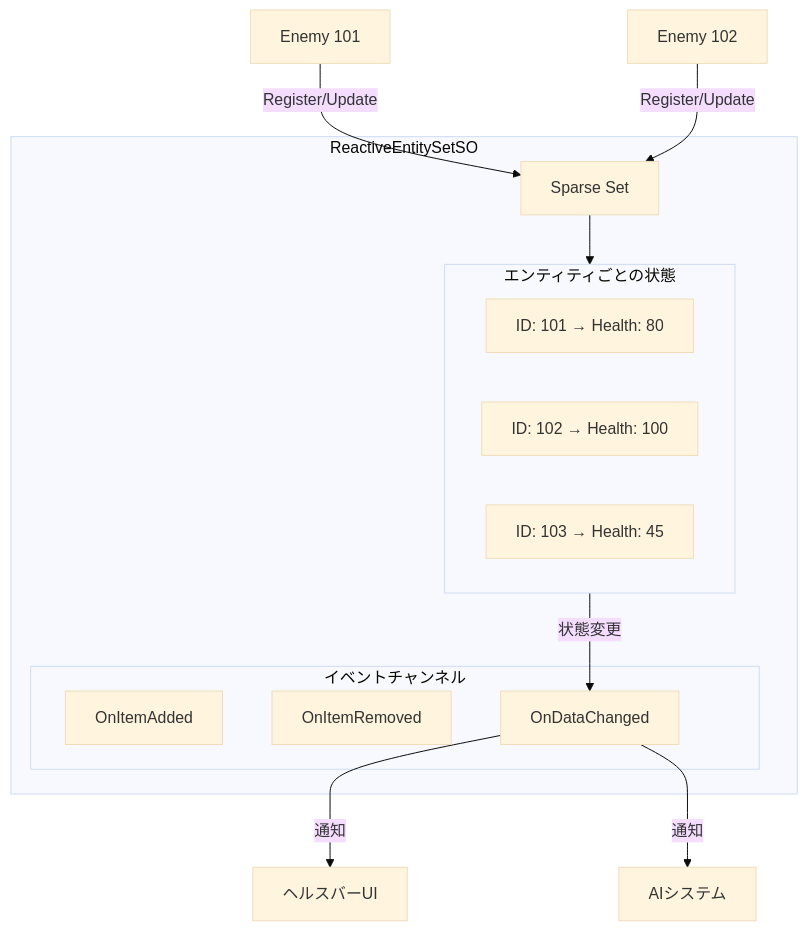
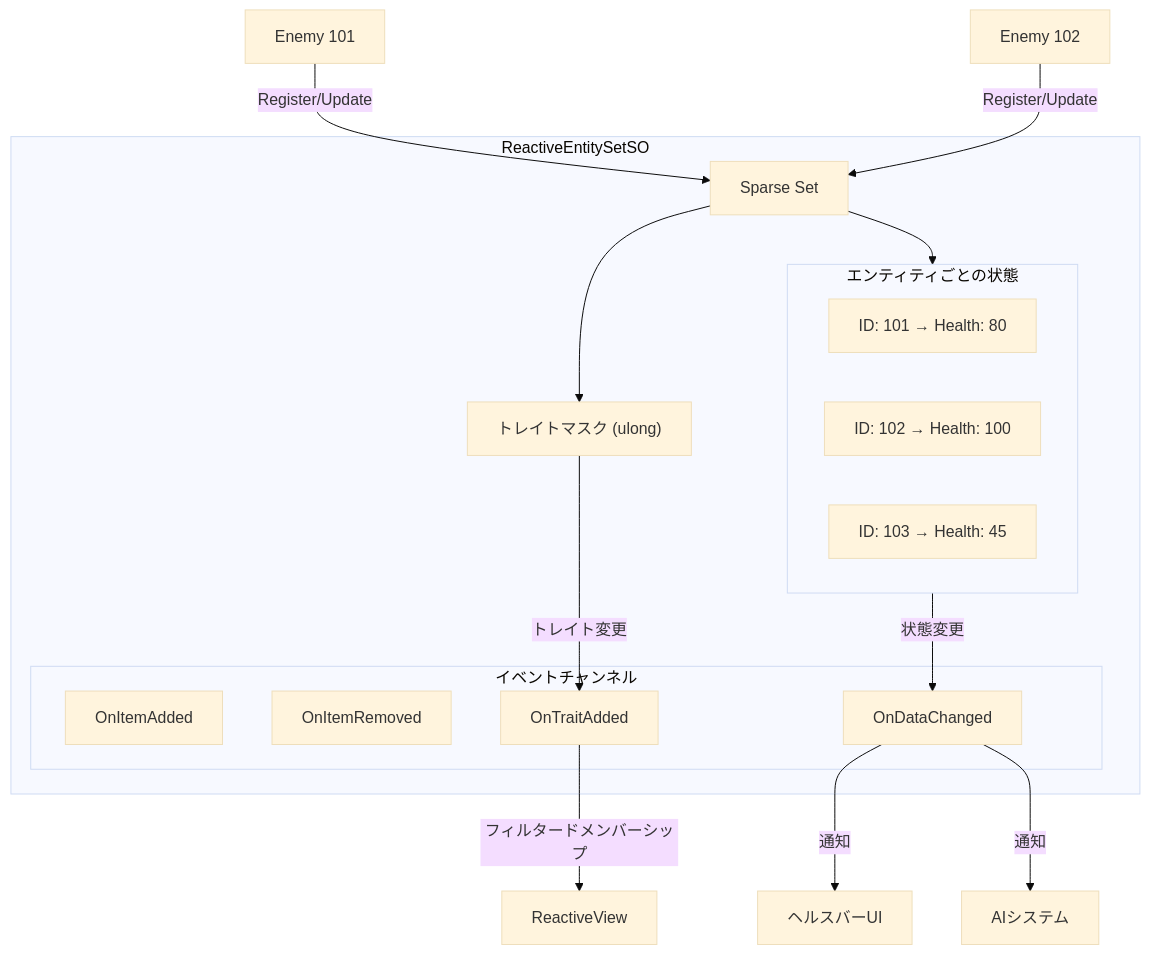
Before and after one commit to tang3cko/ReactiveSO-docs: the diagram in ja/guides/reactive-entity-sets/index.md, drawn with Mermaid (base theme). The commit also changed other lines of this file and 46 other files, not shown here.

Commit message:
docs: update reactive entity sets documentation with traits and views guides

````diff
--- a/ja/guides/reactive-entity-sets/index.md
+++ b/ja/guides/reactive-entity-sets/index.md
@@ -91,24 +91,31 @@
 ```mermaid
 flowchart TB
     subgraph EntitySet["ReactiveEntitySetSO<EnemyState>"]
         SS[Sparse Set]
         subgraph Data["エンティティごとの状態"]
             D1["ID: 101 → Health: 80"]
             D2["ID: 102 → Health: 100"]
             D3["ID: 103 → Health: 45"]
         end
+        Traits["トレイトマスク (ulong)"]
         subgraph Events["イベントチャンネル"]
             E1[OnItemAdded]
             E2[OnItemRemoved]
             E3[OnDataChanged]
+            E4[OnTraitAdded]
         end
     end
+
+    View[ReactiveView]
 
     Enemy1[Enemy 101] -->|Register/Update| SS
     Enemy2[Enemy 102] -->|Register/Update| SS
     SS --> Data
+    SS --> Traits
 
     Data -->|状態変更| E3
+    Traits -->|トレイト変更| E4
     E3 -->|通知| UI[ヘルスバーUI]
     E3 -->|通知| AI[AIシステム]
+    E4 -->|フィルタードメンバーシップ| View
 ```
````
